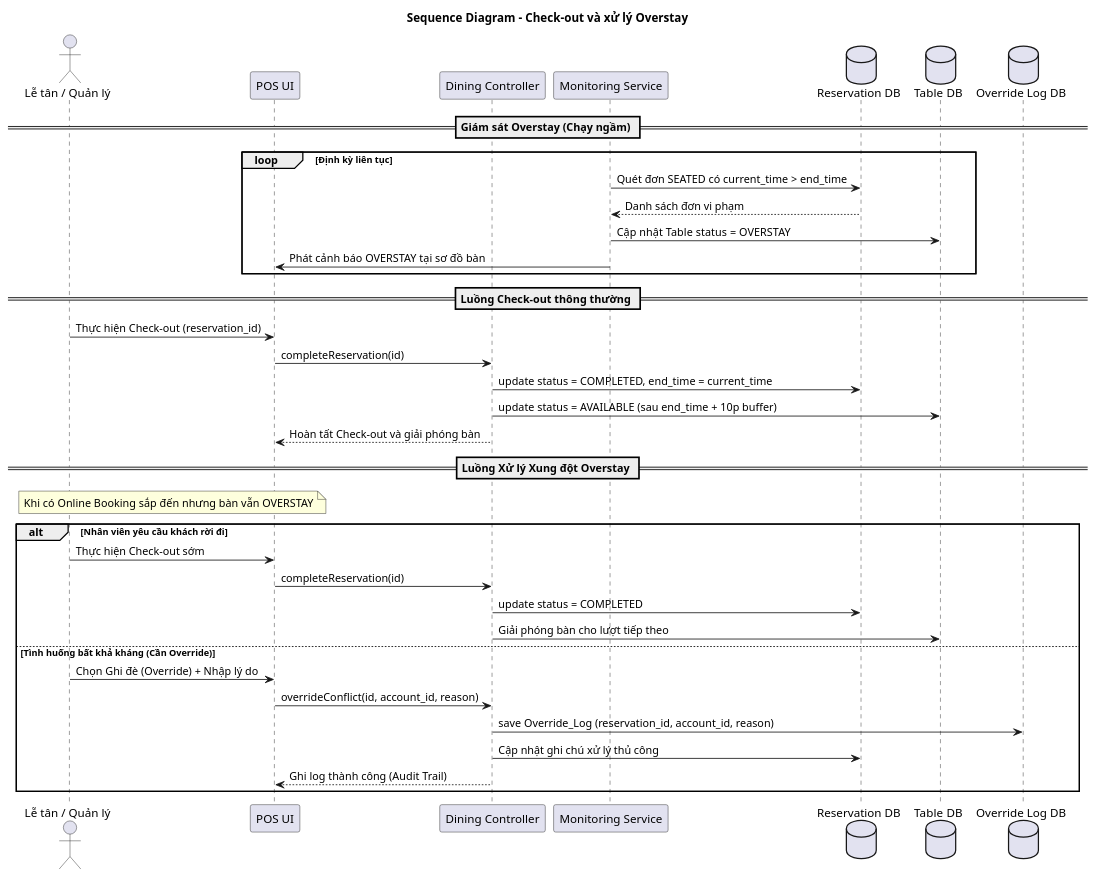
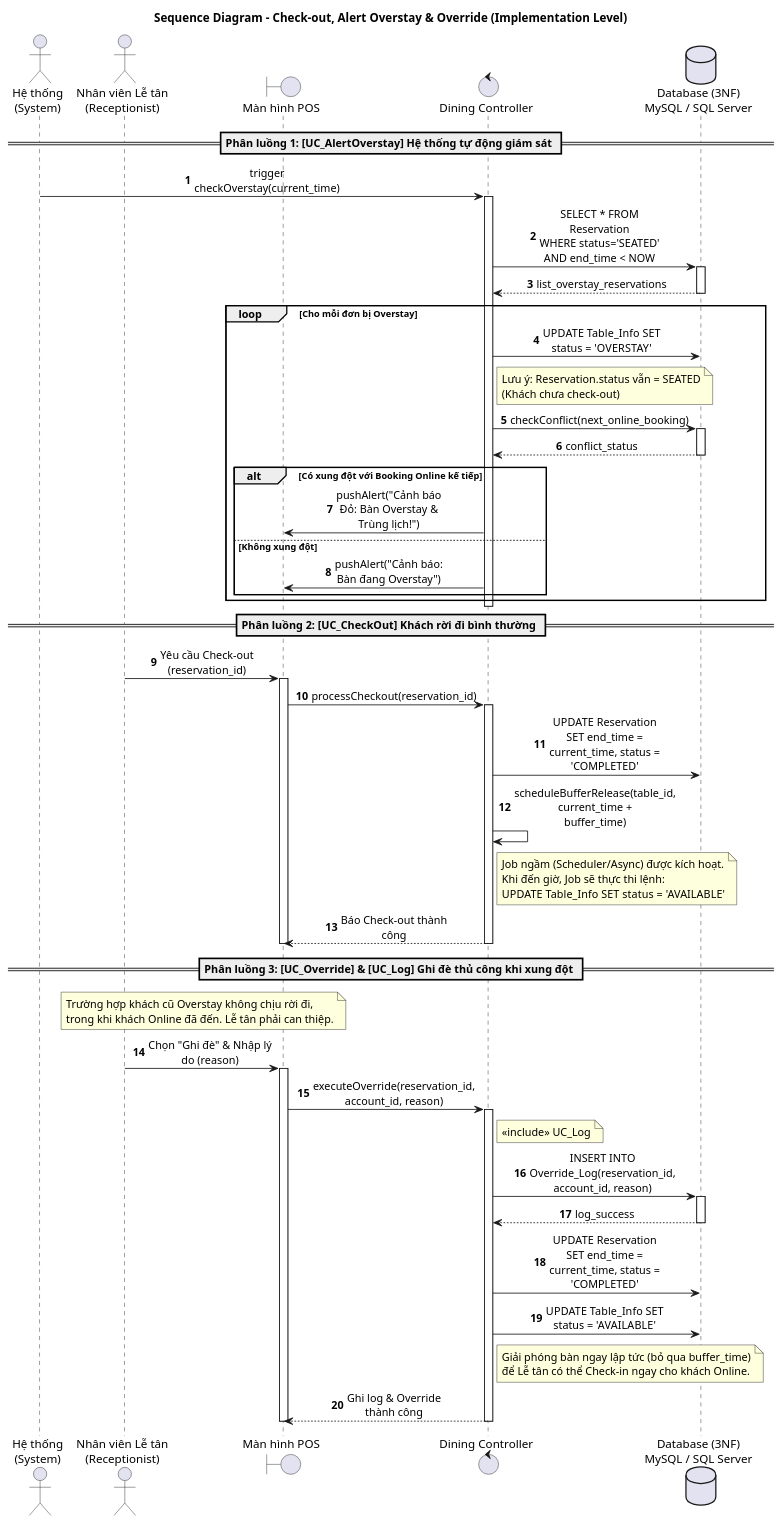
The diagram in docs/uml/sequence-check-out.puml (QuangLam0208/restaurant-reservation-system), drawn with PlantUML before and after one commit.

Commit message:
update sq checkout diag

```diff
--- a/docs/uml/sequence-check-out.puml
+++ b/docs/uml/sequence-check-out.puml
@@ -1,43 +1,95 @@
 @startuml
-title Sequence Diagram - Check-out và xử lý Overstay
+title Sequence Diagram - Check-out, Alert Overstay & Override (Implementation Level)
+autonumber
+skinparam maxMessageSize 150
+skinparam sequence {
+    ParticipantPadding 20
+    MessageAlign center
+}
 
-actor "Lễ tân / Quản lý" as Staff
-participant "POS UI" as UI
-participant "Dining Controller" as DC
-participant "Monitoring Service" as MS
-database "Reservation DB" as RDB
-database "Table DB" as TDB
-database "Override Log DB" as LDB
+actor "Hệ thống\n(System)" as System
+actor "Nhân viên Lễ tân\n(Receptionist)" as Receptionist
+boundary "Màn hình POS" as POS
+control "Dining Controller" as Controller
+database "Database (3NF)\nMySQL / SQL Server" as DB
 
-== Giám sát Overstay (Chạy ngầm) ==
-loop Định kỳ liên tục
-    MS -> RDB : Quét đơn SEATED có current_time > end_time
-    RDB --> MS : Danh sách đơn vi phạm
-    MS -> TDB : Cập nhật Table status = OVERSTAY
-    MS -> UI : Phát cảnh báo OVERSTAY tại sơ đồ bàn
+== Phân luồng 1: [UC_AlertOverstay] Hệ thống tự động giám sát ==
+System -> Controller : trigger checkOverstay(current_time)
+activate Controller
+
+Controller -> DB : SELECT * FROM Reservation \nWHERE status='SEATED' AND end_time < NOW
+activate DB
+DB --> Controller : list_overstay_reservations
+deactivate DB
+
+loop Cho mỗi đơn bị Overstay
+    Controller -> DB : UPDATE Table_Info SET status = 'OVERSTAY'
+    note right of Controller
+        Lưu ý: Reservation.status vẫn = SEATED
+        (Khách chưa check-out)
+    end note
+
+    Controller -> DB : checkConflict(next_online_booking)
+    activate DB
+    DB --> Controller : conflict_status
+    deactivate DB
+
+    alt Có xung đột với Booking Online kế tiếp
+        Controller -> POS : pushAlert("Cảnh báo Đỏ: Bàn Overstay & Trùng lịch!")
+    else Không xung đột
+        Controller -> POS : pushAlert("Cảnh báo: Bàn đang Overstay")
+    end
 end
+deactivate Controller
 
-== Luồng Check-out thông thường ==
-Staff -> UI : Thực hiện Check-out (reservation_id)
-UI -> DC : completeReservation(id)
+== Phân luồng 2: [UC_CheckOut] Khách rời đi bình thường ==
+Receptionist -> POS : Yêu cầu Check-out (reservation_id)
+activate POS
+POS -> Controller : processCheckout(reservation_id)
+activate Controller
 
-DC -> RDB : update status = COMPLETED, end_time = current_time
-DC -> TDB : update status = AVAILABLE (sau end_time + 10p buffer)
-DC --> UI : Hoàn tất Check-out và giải phóng bàn
+Controller -> DB : UPDATE Reservation \nSET end_time = current_time, status = 'COMPLETED'
 
-== Luồng Xử lý Xung đột Overstay ==
-Note over Staff, UI: Khi có Online Booking sắp đến nhưng bàn vẫn OVERSTAY
+Controller -> Controller : scheduleBufferRelease(table_id, current_time + buffer_time)
+note right of Controller
+    Job ngầm (Scheduler/Async) được kích hoạt.
+    Khi đến giờ, Job sẽ thực thi lệnh:
+    UPDATE Table_Info SET status = 'AVAILABLE'
+end note
 
-alt Nhân viên yêu cầu khách rời đi
-    Staff -> UI : Thực hiện Check-out sớm
-    UI -> DC : completeReservation(id)
-    DC -> RDB : update status = COMPLETED
-    DC -> TDB : Giải phóng bàn cho lượt tiếp theo
-else Tình huống bất khả kháng (Cần Override)
-    Staff -> UI : Chọn Ghi đè (Override) + Nhập lý do
-    UI -> DC : overrideConflict(id, account_id, reason)
-    DC -> LDB : save Override_Log (reservation_id, account_id, reason)
-    DC -> RDB : Cập nhật ghi chú xử lý thủ công
-    DC --> UI : Ghi log thành công (Audit Trail)
-end
+Controller --> POS : Báo Check-out thành công
+deactivate Controller
+deactivate POS
+
+== Phân luồng 3: [UC_Override] & [UC_Log] Ghi đè thủ công khi xung đột ==
+note over Receptionist, POS
+    Trường hợp khách cũ Overstay không chịu rời đi,
+    trong khi khách Online đã đến. Lễ tân phải can thiệp.
+end note
+
+Receptionist -> POS : Chọn "Ghi đè" & Nhập lý do (reason)
+activate POS
+POS -> Controller : executeOverride(reservation_id, account_id, reason)
+activate Controller
+
+' Thực thi UC_Log (include)
+note right of Controller: <<include>> UC_Log
+Controller -> DB : INSERT INTO Override_Log(reservation_id, account_id, reason)
+activate DB
+DB --> Controller : log_success
+deactivate DB
+
+' Ép kết thúc đơn cũ và giải phóng bàn ngay lập tức
+Controller -> DB : UPDATE Reservation \nSET end_time = current_time, status = 'COMPLETED'
+Controller -> DB : UPDATE Table_Info SET status = 'AVAILABLE'
+
+note right of Controller
+    Giải phóng bàn ngay lập tức (bỏ qua buffer_time)
+    để Lễ tân có thể Check-in ngay cho khách Online.
+end note
+
+Controller --> POS : Ghi log & Override thành công
+deactivate Controller
+deactivate POS
+
 @enduml
```
